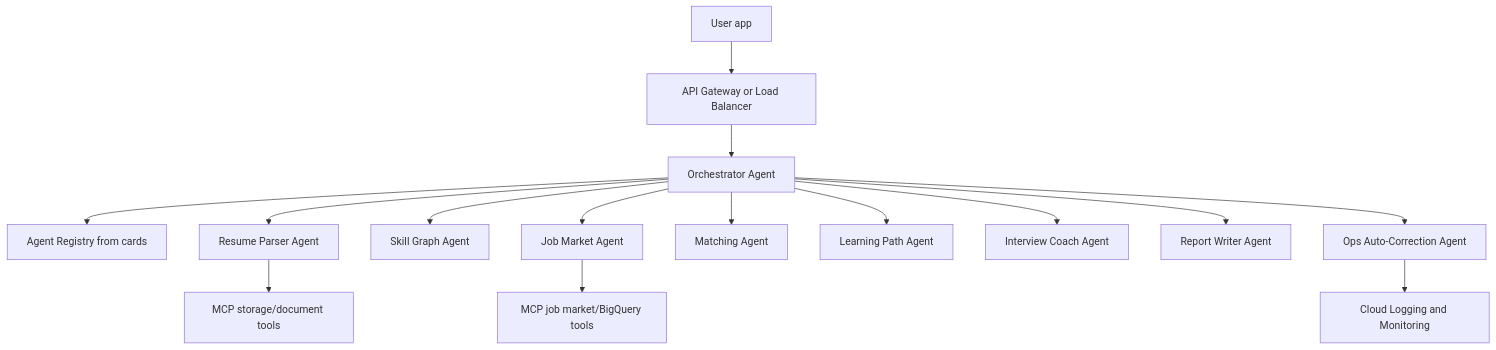
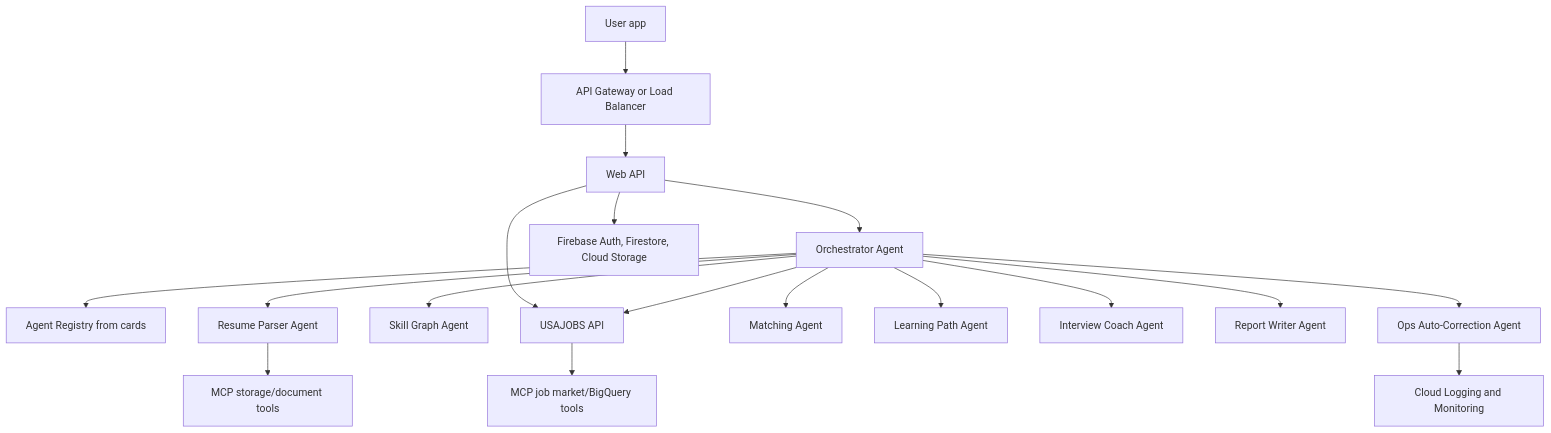
The diagram in docs/architecture.md (sandeepshabd/NGO_Resume), drawn with Mermaid before and after one commit. The commit also changed other lines of this file and 23 other files, not shown here.

Commit message:
Add SkillBridge web app and job API

````diff
--- a/docs/architecture.md
+++ b/docs/architecture.md
@@ -6,17 +6,20 @@
 ```mermaid
 flowchart TD
   UI[User app] --> API[API Gateway or Load Balancer]
-  API --> Main[Orchestrator Agent]
+  API --> Web[Web API]
+  Web --> Main[Orchestrator Agent]
   Main --> Registry[Agent Registry from cards]
   Main --> Resume[Resume Parser Agent]
   Main --> Skill[Skill Graph Agent]
   Main --> Jobs[Job Market Agent]
   Main --> Match[Matching Agent]
   Main --> Learn[Learning Path Agent]
   Main --> Interview[Interview Coach Agent]
   Main --> Report[Report Writer Agent]
   Main --> Ops[Ops Auto-Correction Agent]
+  Web --> Jobs[USAJOBS API]
+  Web --> Store[Firebase Auth, Firestore, Cloud Storage]
   Resume --> Storage[MCP storage/document tools]
   Jobs --> BigQuery[MCP job market/BigQuery tools]
   Ops --> Monitoring[Cloud Logging and Monitoring]
 ```
````
